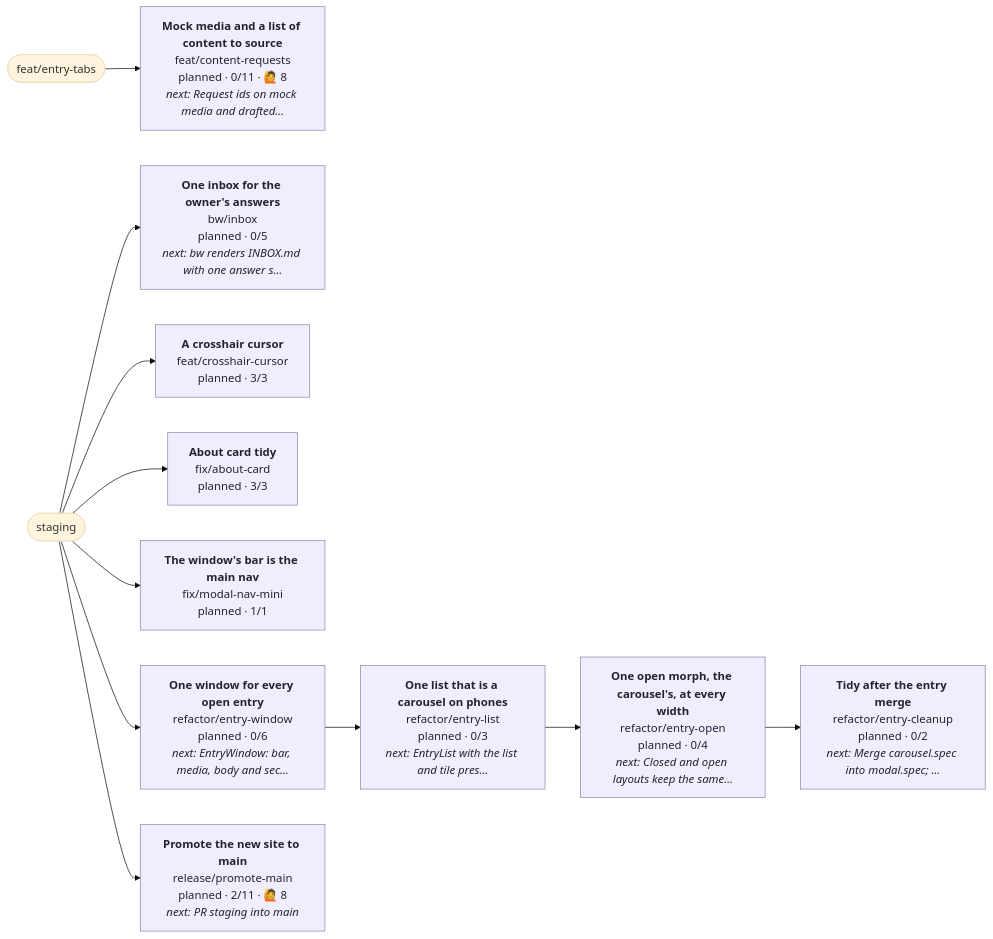
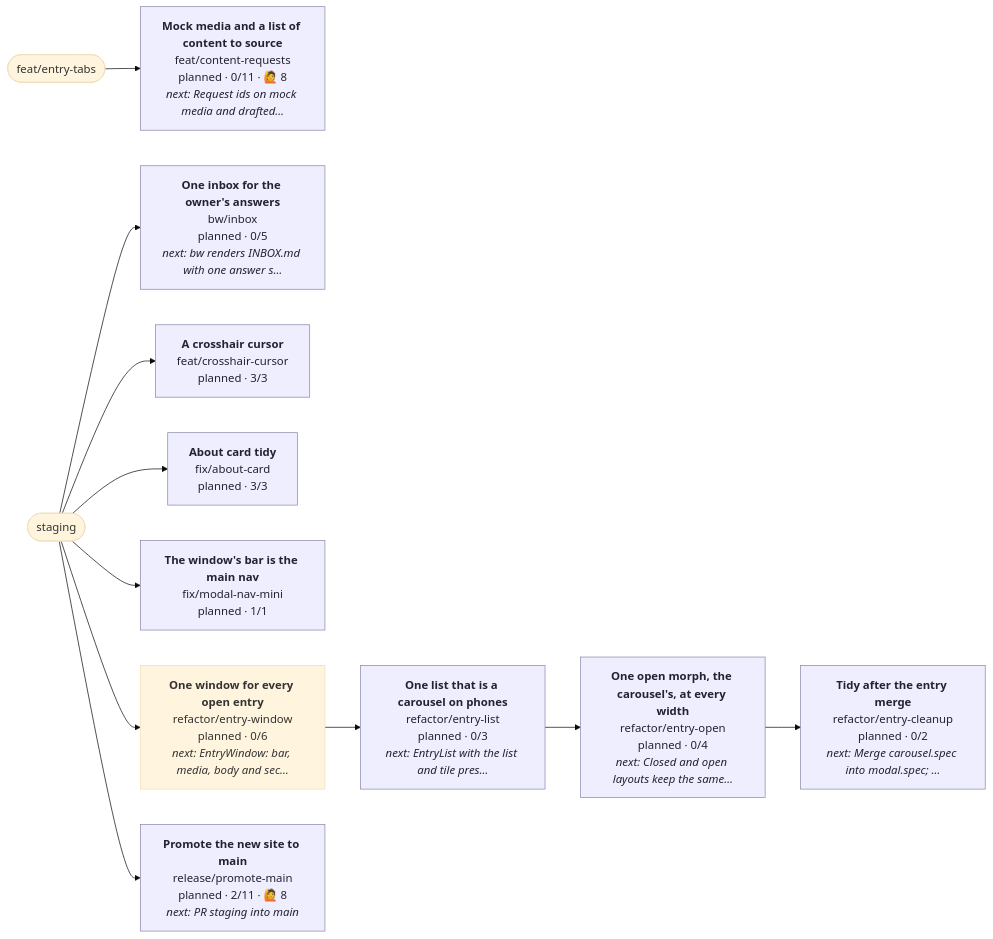
Before and after one commit to henryjonescodes/portfolio: the diagram in CONTRIBUTING.md, drawn with Mermaid (base theme). The commit also changed other lines of this file, not shown here.

````diff
--- a/CONTRIBUTING.md
+++ b/CONTRIBUTING.md
@@ -17,40 +17,40 @@
 ```mermaid
 flowchart LR
   n_staging([staging])
   n_feat_entry_tabs([feat/entry-tabs])
   n_bw_inbox["<b>One inbox for the owner's answers</b><br/>bw/inbox<br/>planned · 0/5<br/><i>next: bw renders INBOX.md with one answer s…</i>"]
   class n_bw_inbox planned
   n_staging --> n_bw_inbox
   n_feat_content_requests["<b>Mock media and a list of content to source</b><br/>feat/content-requests<br/>planned · 0/11 · 🙋 8<br/><i>next: Request ids on mock media and drafted…</i>"]
   class n_feat_content_requests planned
   n_feat_entry_tabs --> n_feat_content_requests
   n_feat_crosshair_cursor["<b>A crosshair cursor</b><br/>feat/crosshair-cursor<br/>planned · 3/3"]
   class n_feat_crosshair_cursor planned
   n_staging --> n_feat_crosshair_cursor
   n_fix_about_card["<b>About card tidy</b><br/>fix/about-card<br/>planned · 3/3"]
   class n_fix_about_card planned
   n_staging --> n_fix_about_card
   n_fix_modal_nav_mini["<b>The window's bar is the main nav</b><br/>fix/modal-nav-mini<br/>planned · 1/1"]
   class n_fix_modal_nav_mini planned
   n_staging --> n_fix_modal_nav_mini
   n_refactor_entry_cleanup["<b>Tidy after the entry merge</b><br/>refactor/entry-cleanup<br/>planned · 0/2<br/><i>next: Merge carousel.spec into modal.spec; …</i>"]
   class n_refactor_entry_cleanup planned
   n_refactor_entry_open --> n_refactor_entry_cleanup
   n_refactor_entry_list["<b>One list that is a carousel on phones</b><br/>refactor/entry-list<br/>planned · 0/3<br/><i>next: EntryList with the list and tile pres…</i>"]
   class n_refactor_entry_list planned
   n_refactor_entry_window --> n_refactor_entry_list
   n_refactor_entry_open["<b>One open morph, the carousel's, at every width</b><br/>refactor/entry-open<br/>planned · 0/4<br/><i>next: Closed and open layouts keep the same…</i>"]
   class n_refactor_entry_open planned
   n_refactor_entry_list --> n_refactor_entry_open
   n_refactor_entry_window["<b>One window for every open entry</b><br/>refactor/entry-window<br/>planned · 0/6<br/><i>next: EntryWindow: bar, media, body and sec…</i>"]
-  class n_refactor_entry_window planned
+  class n_refactor_entry_window planned,current
   n_staging --> n_refactor_entry_window
   n_release_promote_main["<b>Promote the new site to main</b><br/>release/promote-main<br/>planned · 2/11 · 🙋 8<br/><i>next: PR staging into main</i>"]
   class n_release_promote_main planned
   n_staging --> n_release_promote_main
   classDef planned fill:#eef,stroke:#88a,color:#223
   classDef active fill:#dfd,stroke:#3a3,stroke-width:3px,color:#132
   classDef blocked fill:#fdd,stroke:#c33,color:#311
   classDef review fill:#ffd,stroke:#cc3,color:#331
   classDef current stroke:#06c,stroke-width:4px
 ```
````
